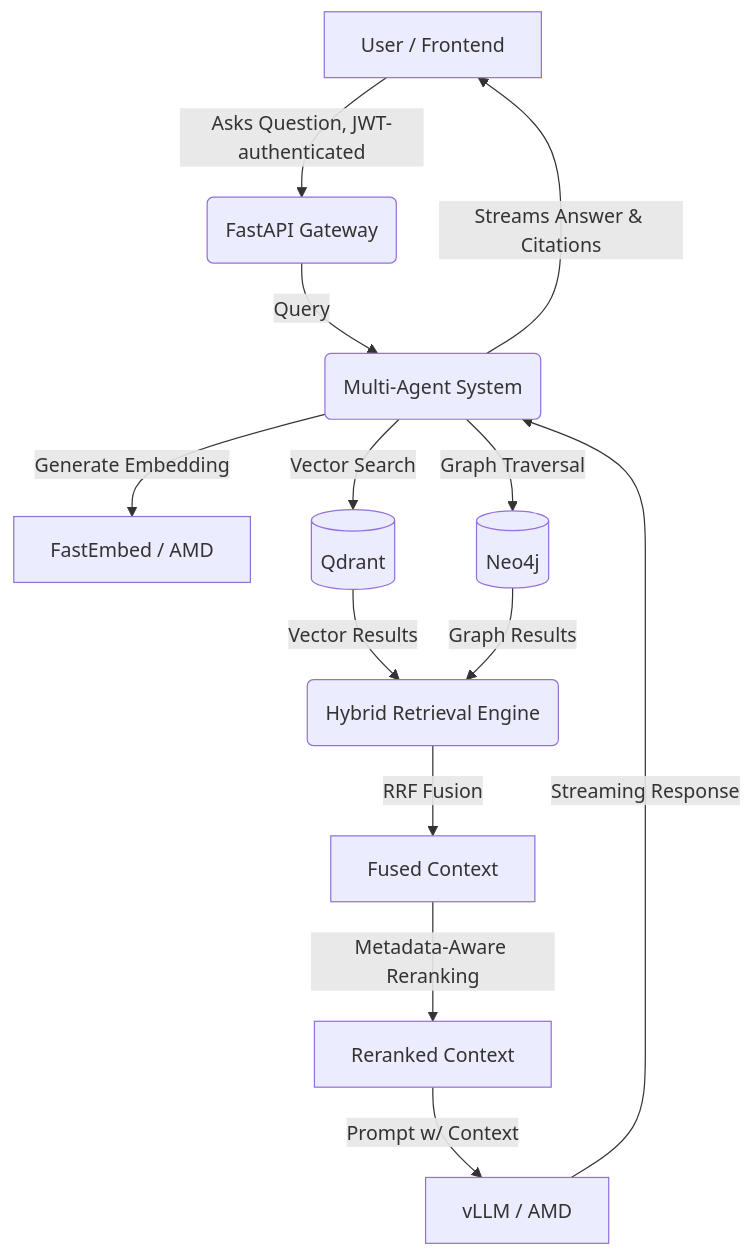
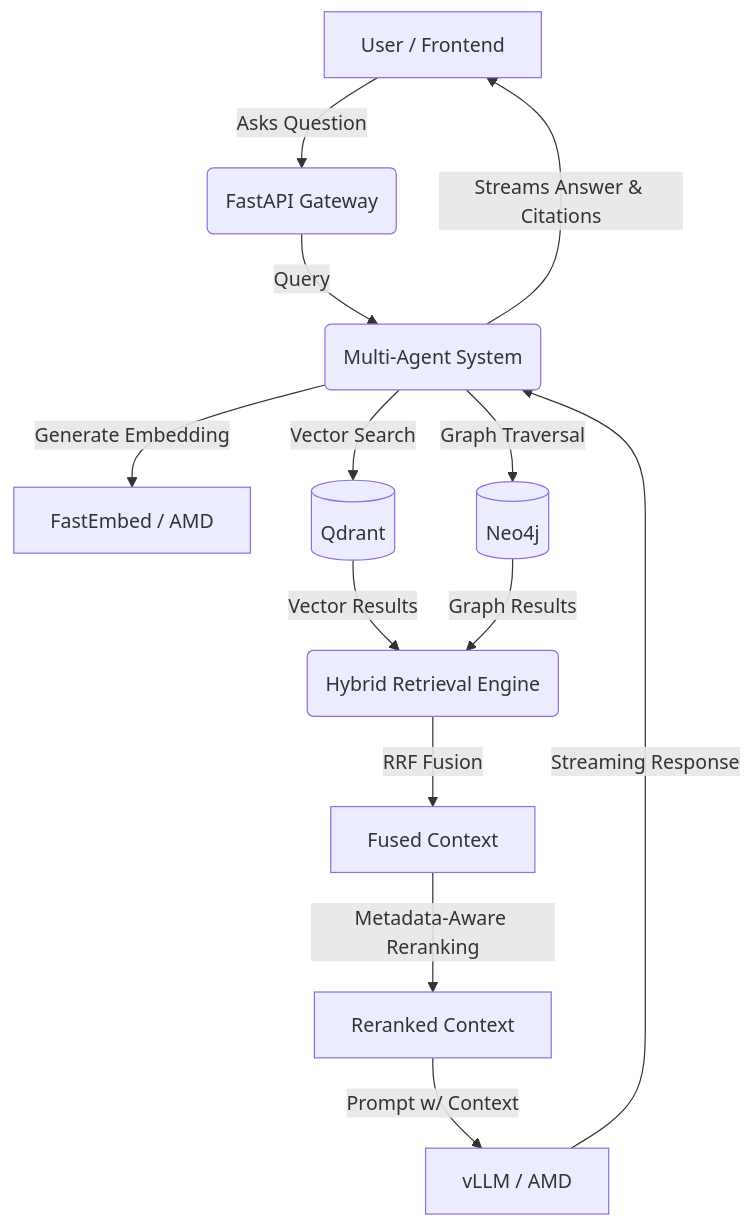
One commit to dkstlzk/cortex changed the second of 2 diagrams in README.md. Above: the diagram before and after it, drawn with Mermaid. The commit also changed other lines of this file, not shown here.

````diff
--- a/README.md
+++ b/README.md
@@ -140,15 +140,15 @@
 ```mermaid
 graph TD
-    A[User / Frontend] -->|Asks Question, JWT-authenticated| B(FastAPI Gateway)
+    A[User / Frontend] -->|Asks Question| B(FastAPI Gateway)
     B -->|Query| C(Multi-Agent System)
     C -->|Generate Embedding| D[FastEmbed / AMD]
     C -->|Vector Search| E[(Qdrant)]
     C -->|Graph Traversal| F[(Neo4j)]
     E -->|Vector Results| G(Hybrid Retrieval Engine)
     F -->|Graph Results| G
     G -->|RRF Fusion| H[Fused Context]
     H -->|Metadata-Aware Reranking| M[Reranked Context]
     M -->|Prompt w/ Context| I[vLLM / AMD]
     I -->|Streaming Response| C
     C -->|Streams Answer & Citations| A
 ```
````
